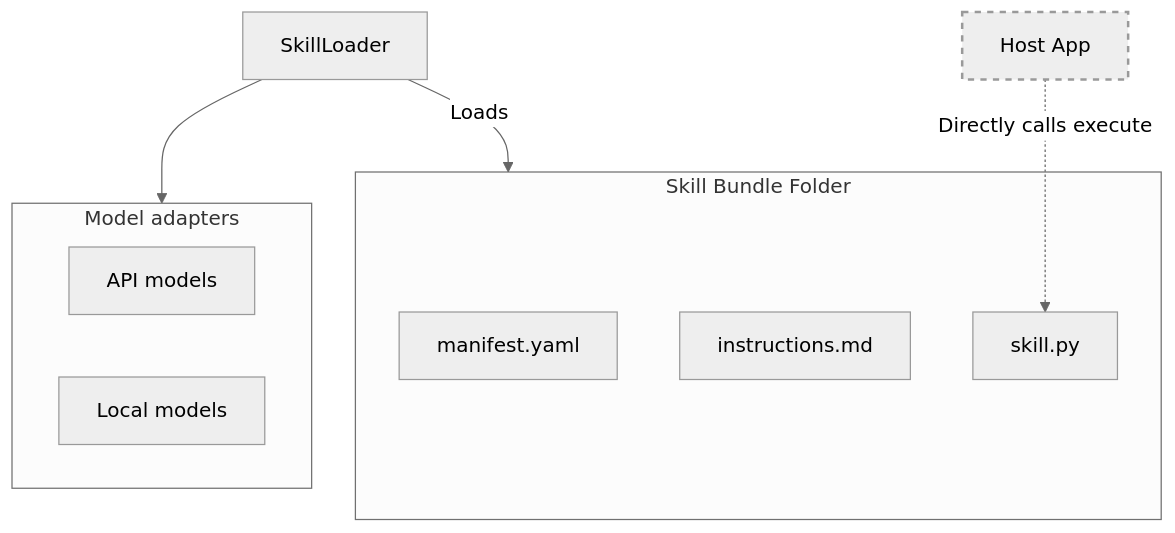
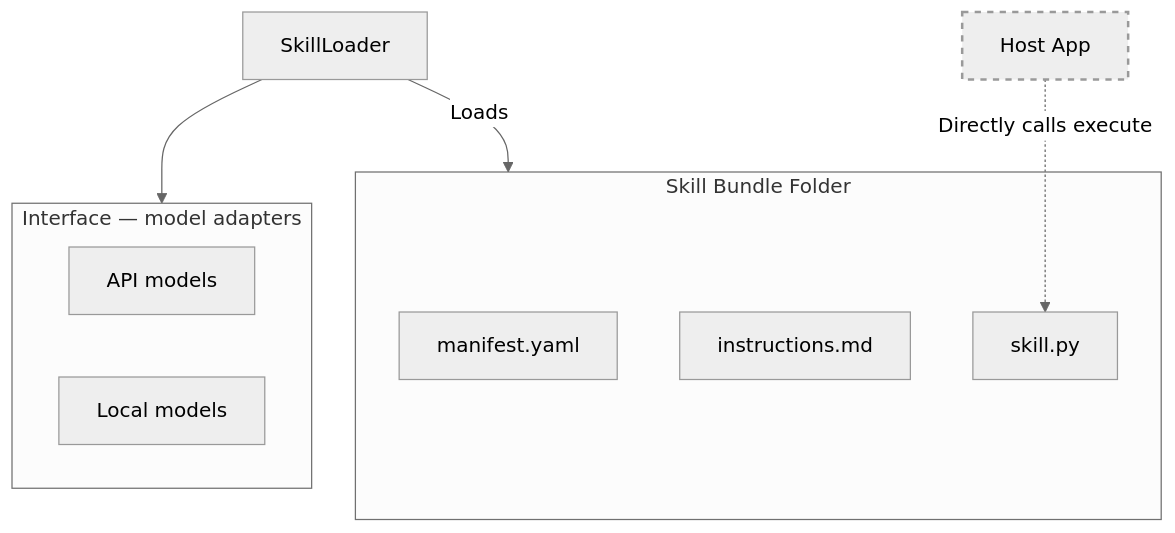
The first of 2 diagrams in docs/introduction.md (ARPAHLS/skillware), drawn with Mermaid (neutral theme) before and after one commit. The commit also changed other lines of this file and 35 other files, not shown here.

````diff
--- a/docs/introduction.md
+++ b/docs/introduction.md
@@ -52,21 +77,21 @@
 ```mermaid
 flowchart TD
     subgraph Bundle["Skill Bundle Folder"]
         Manifest[manifest.yaml]
         Instructions[instructions.md]
         SkillPy[skill.py]
     end
 
     Loader[SkillLoader] -->|Loads| Bundle
     Loader --> Adapters
 
-    subgraph Adapters["Model adapters"]
+    subgraph Adapters["Interface — model adapters"]
         direction LR
         API[API models]
         Local[Local models]
     end
 
     Host[Host App] -.->|Directly calls execute| SkillPy
 
     style Host stroke-width:2px,stroke-dasharray: 5 5
 ```
````
